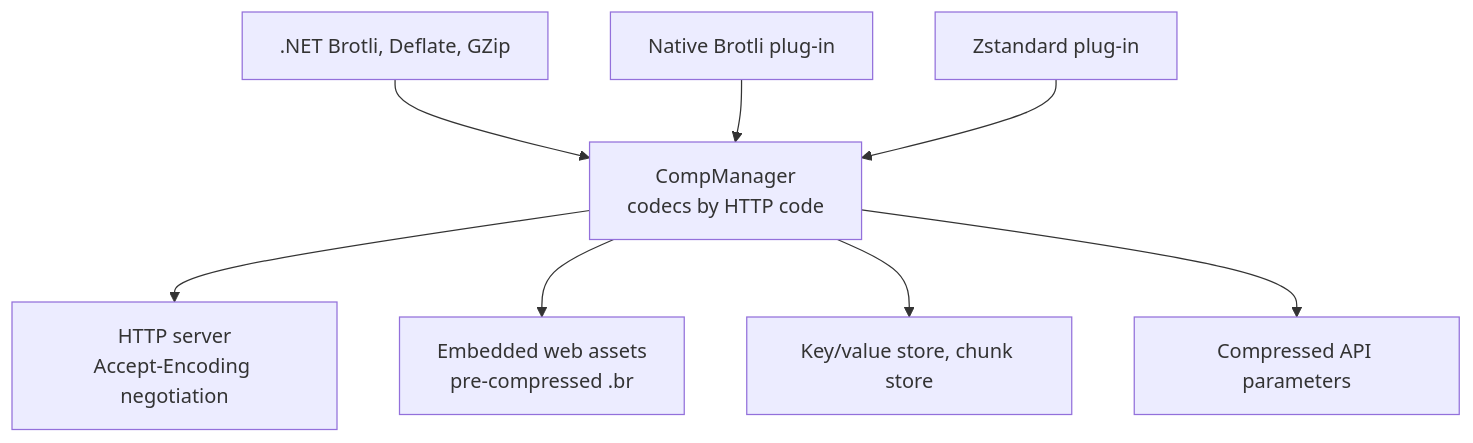
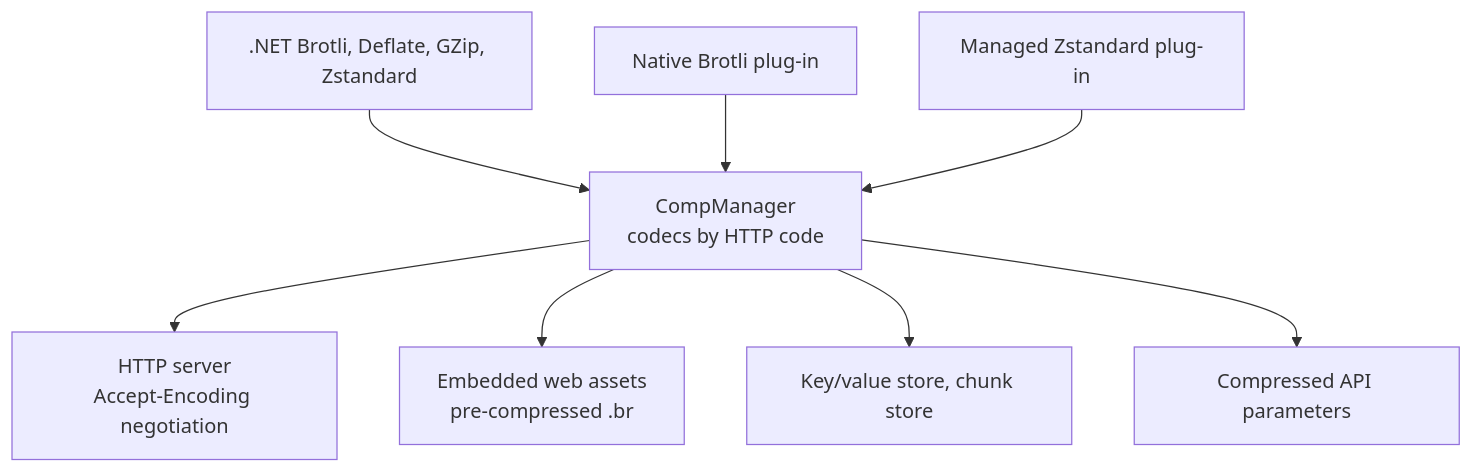
The diagram in SysWeaver.Compression/README.md (dosh1974/SysWeaver), drawn with Mermaid before and after one commit. The commit also changed other lines of this file and 324 other files, not shown here.

````diff
--- a/SysWeaver.Compression/README.md
+++ b/SysWeaver.Compression/README.md
@@ -18,10 +18,10 @@
 ```mermaid
 flowchart TB
-  Builtin[".NET Brotli, Deflate, GZip"] --> CM["CompManager<br/>codecs by HTTP code"]
+  Builtin[".NET Brotli, Deflate, GZip, Zstandard"] --> CM["CompManager<br/>codecs by HTTP code"]
   Native["Native Brotli plug-in"] --> CM
-  Zstd["Zstandard plug-in"] --> CM
+  Zstd["Managed Zstandard plug-in"] --> CM
   CM --> Http["HTTP server<br/>Accept-Encoding negotiation"]
   CM --> Assets["Embedded web assets<br/>pre-compressed .br"]
   CM --> Storage["Key/value store, chunk store"]
   CM --> Api["Compressed API parameters"]
 ```
````
